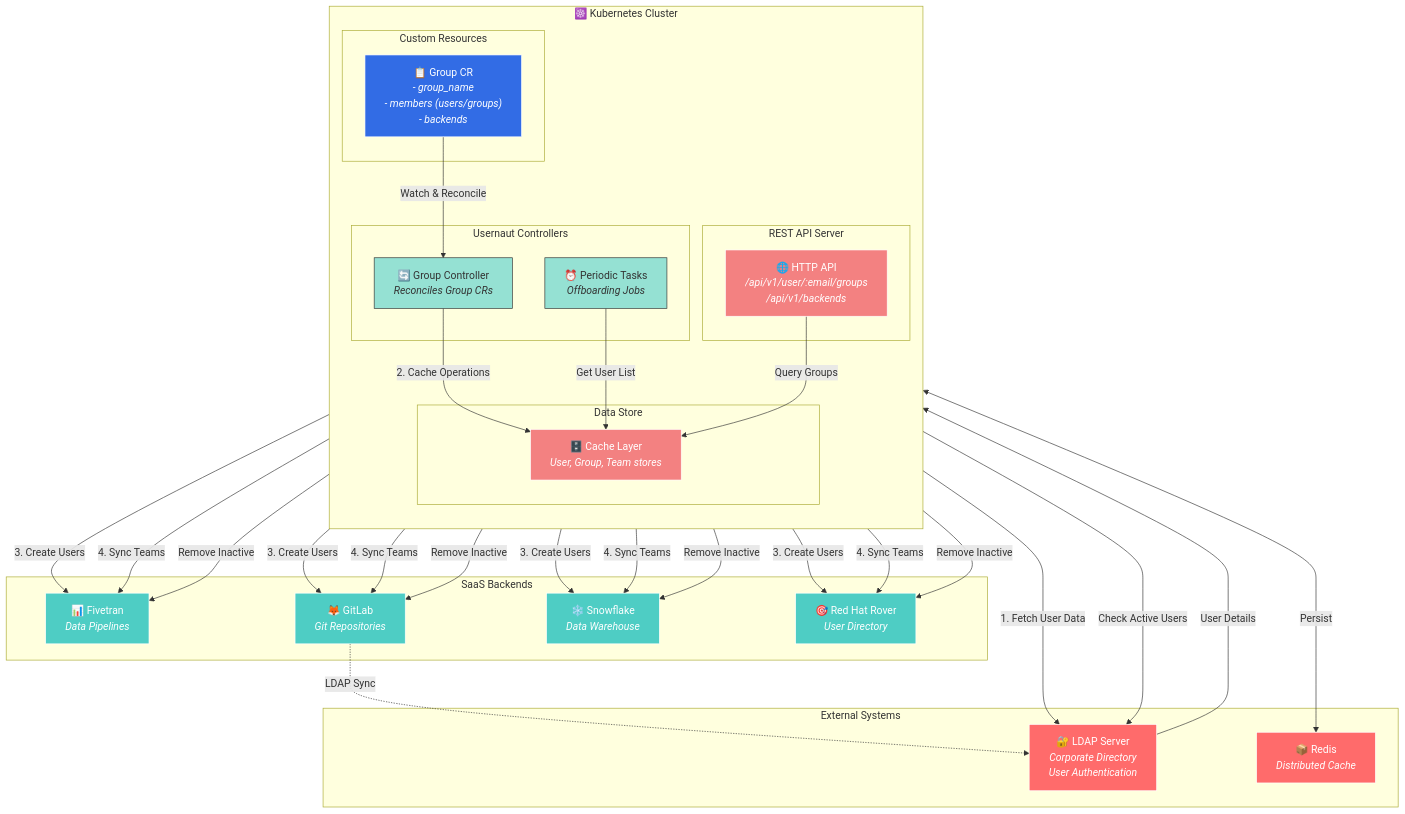
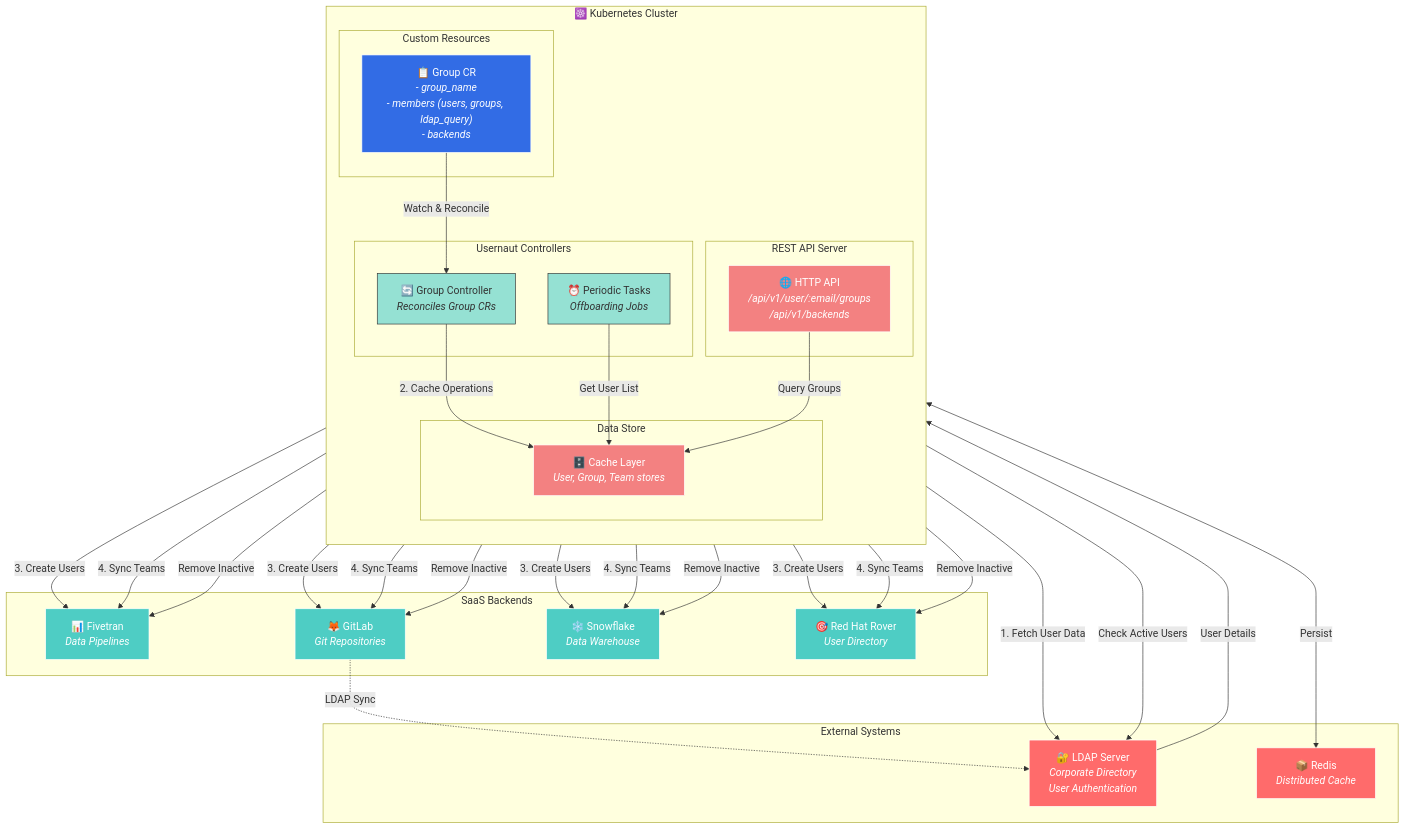
One commit to redhat-data-and-ai/usernaut changed the diagram in DEVELOPMENT.md. Above: the diagram before and after it, drawn with Mermaid. The commit also changed other lines of this file and 10 other files, not shown here.

Commit message:
Better query based group support

````diff
--- a/DEVELOPMENT.md
+++ b/DEVELOPMENT.md
@@ -132,80 +133,80 @@
 ```mermaid
 flowchart TB
     subgraph K8S["☸️ Kubernetes Cluster"]
         direction TB
 
         subgraph CRD["Custom Resources"]
-            GroupCR["📋 Group CR<br/><i>- group_name</i><br/><i>- members (users/groups)</i><br/><i>- backends</i>"]
+            GroupCR["📋 Group CR<br/><i>- group_name</i><br/><i>- members (users, groups, ldap_query)</i><br/><i>- backends</i>"]
         end
 
         subgraph Controllers["Usernaut Controllers"]
             GC["🔄 Group Controller<br/><i>Reconciles Group CRs</i>"]
             PTC["⏰ Periodic Tasks<br/><i>Offboarding Jobs</i>"]
         end
 
         subgraph API["REST API Server"]
             HTTP["🌐 HTTP API<br/><i>/api/v1/user/:email/groups</i><br/><i>/api/v1/backends</i>"]
         end
 
         subgraph Store["Data Store"]
             CACHE["🗄️ Cache Layer<br/><i>User, Group, Team stores</i>"]
         end
     end
 
     subgraph External["External Systems"]
         LDAP["🔐 LDAP Server<br/><i>Corporate Directory</i><br/><i>User Authentication</i>"]
         REDIS["📦 Redis<br/><i>Distributed Cache</i>"]
     end
 
     subgraph Backends["SaaS Backends"]
         FT["📊 Fivetran<br/><i>Data Pipelines</i>"]
         GL["🦊 GitLab<br/><i>Git Repositories</i>"]
         SF["❄️ Snowflake<br/><i>Data Warehouse</i>"]
         RV["🎯 Red Hat Rover<br/><i>User Directory</i>"]
     end
 
     %% Main reconciliation flow
     GroupCR -->|"Watch & Reconcile"| GC
     GC -->|"1. Fetch User Data"| LDAP
     LDAP -->|"User Details"| GC
     GC -->|"2. Cache Operations"| CACHE
     CACHE <-->|"Persist"| REDIS
 
     %% Backend sync
     GC -->|"3. Create Users"| FT
     GC -->|"3. Create Users"| GL
     GC -->|"3. Create Users"| SF
     GC -->|"3. Create Users"| RV
 
     GC -->|"4. Sync Teams"| FT
     GC -->|"4. Sync Teams"| GL
     GC -->|"4. Sync Teams"| SF
     GC -->|"4. Sync Teams"| RV
 
     %% Periodic offboarding
     PTC -->|"Check Active Users"| LDAP
     PTC -->|"Get User List"| CACHE
     PTC -->|"Remove Inactive"| FT
     PTC -->|"Remove Inactive"| GL
     PTC -->|"Remove Inactive"| SF
     PTC -->|"Remove Inactive"| RV
 
     %% API flow
     HTTP -->|"Query Groups"| CACHE
 
     %% LDAP sync for GitLab
     GL -.->|"LDAP Sync"| LDAP
 
     %% Styling
     classDef k8s fill:#326CE5,stroke:#fff,color:#fff
     classDef external fill:#FF6B6B,stroke:#fff,color:#fff
     classDef backend fill:#4ECDC4,stroke:#fff,color:#fff
     classDef controller fill:#95E1D3,stroke:#333,color:#333
     classDef store fill:#F38181,stroke:#fff,color:#fff
 
     class GroupCR k8s
     class GC,PTC controller
     class LDAP,REDIS external
     class FT,GL,SF,RV backend
     class CACHE,HTTP store
 ```
````
